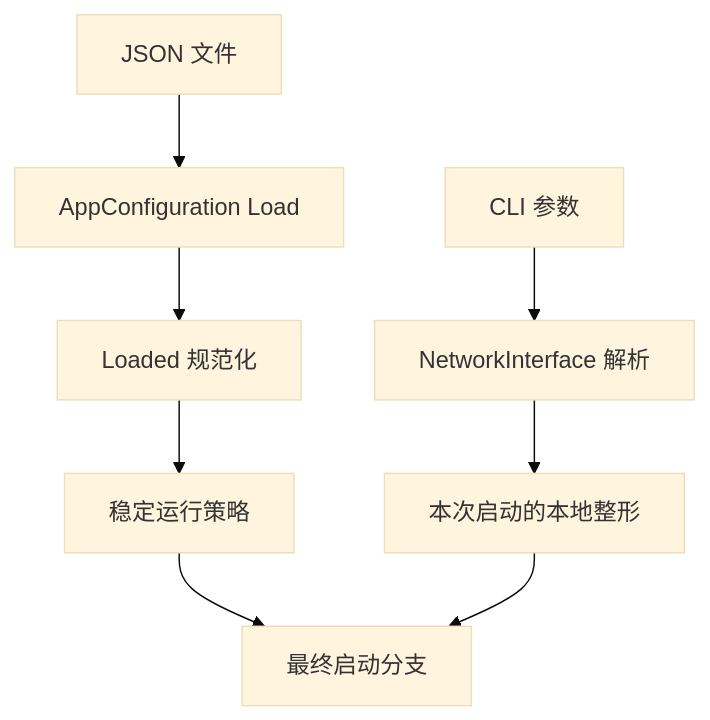
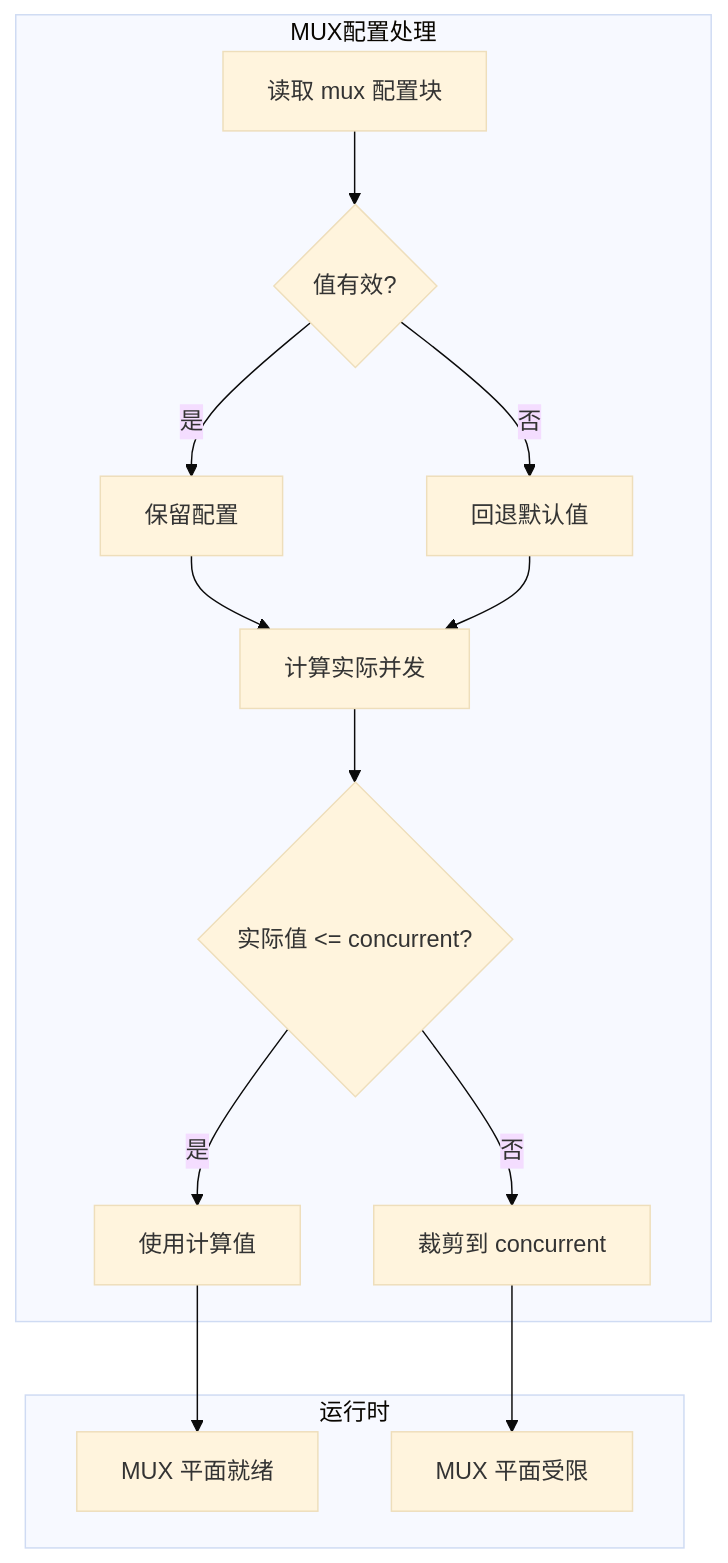
The tenth of 15 diagrams in docs/CONFIGURATION_CN.md (HyacinthHaru/openppp2), drawn with Mermaid (base theme) before and after one commit. The commit also changed other lines of this file and 31 other files, not shown here.

````diff
--- a/docs/CONFIGURATION_CN.md
+++ b/docs/CONFIGURATION_CN.md
@@ -49,10 +922,19 @@
 ```mermaid
 flowchart TD
-    A[JSON 文件] --> B[AppConfiguration Load]
-    B --> C[Loaded 规范化]
-    D[CLI 参数] --> E[NetworkInterface 解析]
-    C --> F[稳定运行策略]
-    E --> G[本次启动的本地整形]
-    F --> H[最终启动分支]
-    G --> H
+    subgraph MUX配置处理
+        A[读取 mux 配置块] --> B{值有效?}
+        B -->|是| C[保留配置]
+        B -->|否| D[回退默认值]
+        
+        C --> E[计算实际并发]
+        D --> E
+        E --> F{实际值 <= concurrent?}
+        F -->|是| G[使用计算值]
+        F -->|否| H[裁剪到 concurrent]
+    end
+    
+    subgraph 运行时
+        G --> I[MUX 平面就绪]
+        H --> J[MUX 平面受限]
+    end
 ```
````
